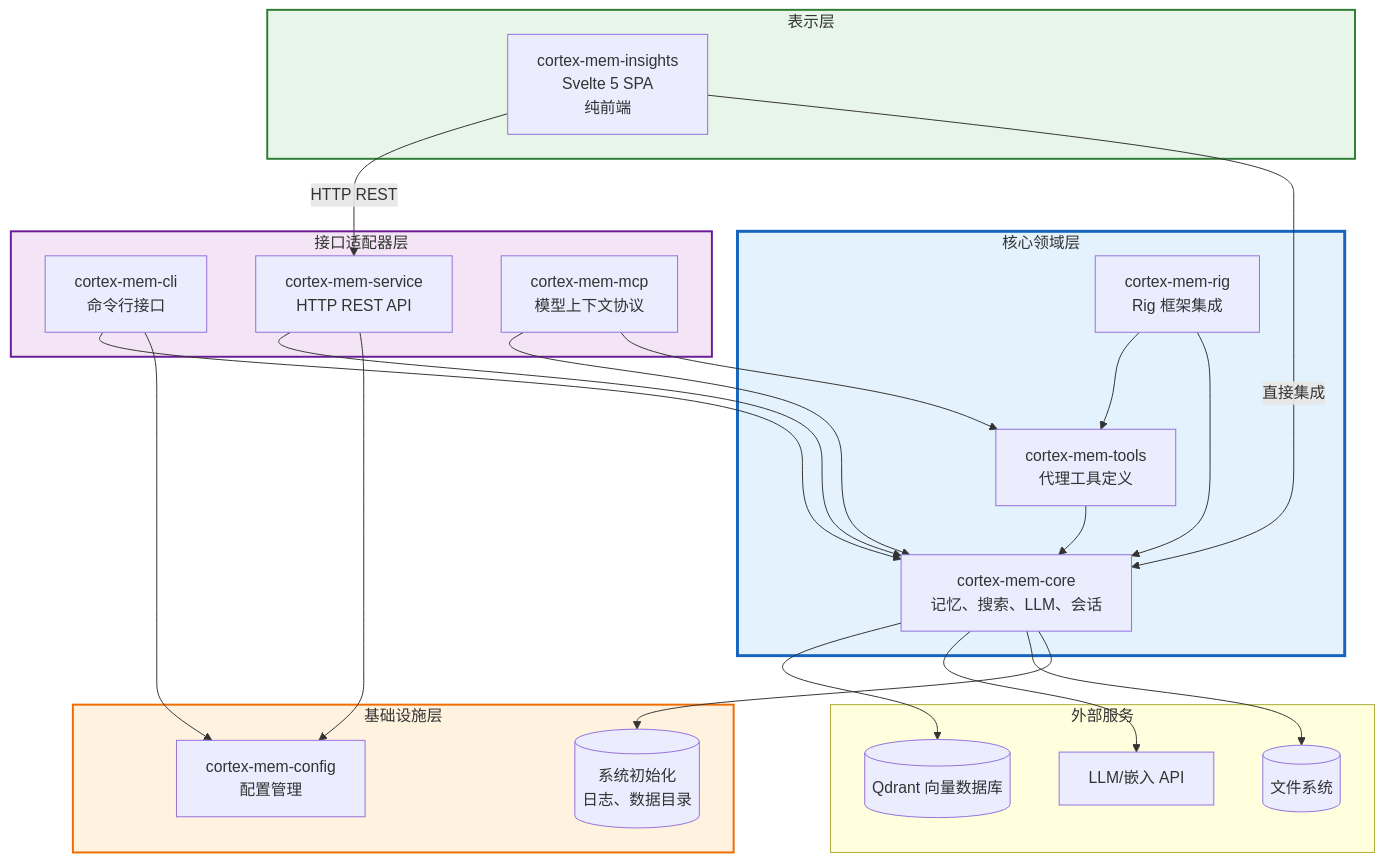
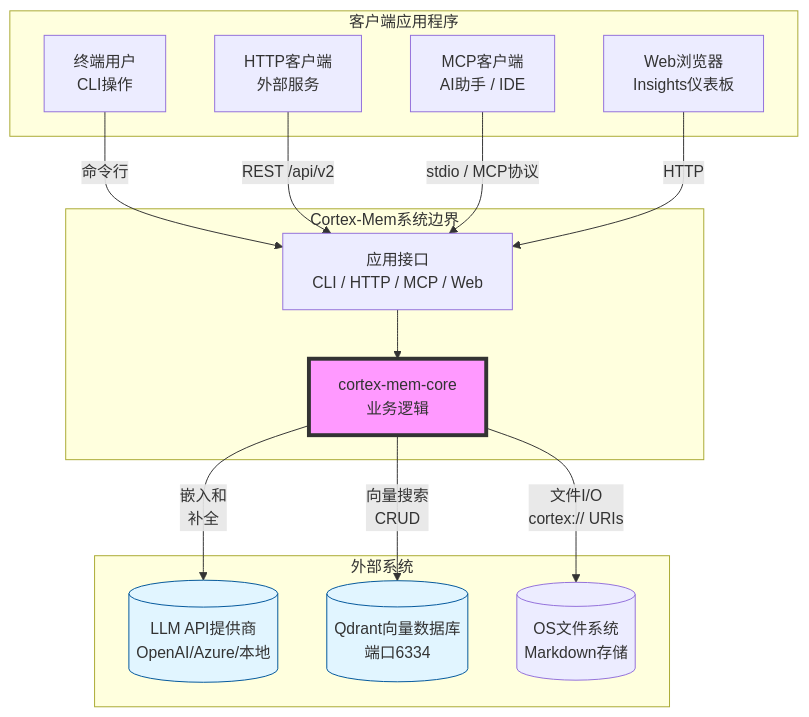
The third of 14 diagrams in litho.docs/zh/2、架构概览.md (sopaco/cortex-mem), drawn with Mermaid before and after one commit. The commit also changed other lines of this file and 45 other files, not shown here.

````diff
--- a/litho.docs/zh/2、架构概览.md
+++ b/litho.docs/zh/2、架构概览.md
@@ -176,54 +129,38 @@
 ```mermaid
-flowchart TB
-    subgraph Infrastructure["基础设施层"]
-        Config[cortex-mem-config<br/>配置管理]
-        Init[(系统初始化<br/>日志、数据目录)]
+graph TB
+    subgraph CortexMem["Cortex-Mem系统边界"]
+        CORE[cortex-mem-core<br/>业务逻辑]
+        INTERFACES[应用接口<br/>CLI / HTTP / MCP / Web]
     end
     
-    subgraph CoreDomain["核心领域层"]
-        CoreLib[cortex-mem-core<br/>记忆、搜索、LLM、会话]
-        ToolsLib[cortex-mem-tools<br/>代理工具定义]
-        RigInt[cortex-mem-rig<br/>Rig 框架集成]
+    subgraph External["外部系统"]
+        LLM[(LLM API提供商<br/>OpenAI/Azure/本地)]
+        QDRANT[(Qdrant向量数据库<br/>端口6334)]
+        OS_FS[(OS文件系统<br/>Markdown存储)]
     end
     
-    subgraph InterfaceAdapters["接口适配器层"]
-        CLI[cortex-mem-cli<br/>命令行接口]
-        Service[cortex-mem-service<br/>HTTP REST API]
-        MCP[cortex-mem-mcp<br/>模型上下文协议]
+    subgraph Clients["客户端应用程序"]
+        MCP_CLIENTS[MCP客户端<br/>AI助手 / IDE]
+        BROWSERS[Web浏览器<br/>Insights仪表板]
+        API_CLIENTS[HTTP客户端<br/>外部服务]
+        TERMINAL[终端用户<br/>CLI操作]
     end
     
-    subgraph Presentation["表示层"]
-        Insights[cortex-mem-insights<br/>Svelte 5 SPA<br/>纯前端]
-    end
+    %% 客户端交互
+    TERMINAL -->|命令行| INTERFACES
+    API_CLIENTS -->|REST /api/v2| INTERFACES
+    MCP_CLIENTS -->|stdio / MCP协议| INTERFACES
+    BROWSERS -->|HTTP| INTERFACES
     
-    subgraph External["外部服务"]
-        Qdrant[(Qdrant 向量数据库)]
-        LLM[LLM/嵌入 API]
-        FS[(文件系统)]
-    end
+    %% 内部流
+    INTERFACES --> CORE
     
-    %% 依赖 - 向内流动
-    CLI --> CoreLib
-    CLI --> Config
-    Service --> CoreLib
-    Service --> Config
-    MCP --> CoreLib
-    MCP --> ToolsLib
+    %% 外部依赖
+    CORE -->|嵌入和<br/>补全| LLM
+    CORE -->|向量搜索<br/>CRUD| QDRANT
+    CORE -->|文件I/O<br/>cortex:// URIs| OS_FS
     
-    ToolsLib --> CoreLib
-    RigInt --> ToolsLib
-    RigInt --> CoreLib
-    
-    Insights -->|HTTP REST| Service
-    Insights -->|直接集成| CoreLib
-    
-    CoreLib --> Qdrant
-    CoreLib --> LLM
-    CoreLib --> FS
-    CoreLib --> Init
-    
-    style CoreDomain fill:#e3f2fd,stroke:#1565c0,stroke-width:3px
-    style InterfaceAdapters fill:#f3e5f5,stroke:#6a1b9a,stroke-width:2px
-    style Presentation fill:#e8f5e9,stroke:#2e7d32,stroke-width:2px
-    style Infrastructure fill:#fff3e0,stroke:#ef6c00,stroke-width:2px
+    style CORE fill:#f9f,stroke:#333,stroke-width:4px
+    style QDRANT fill:#e1f5ff,stroke:#01579b
+    style LLM fill:#e1f5ff,stroke:#01579b
 ```
````
